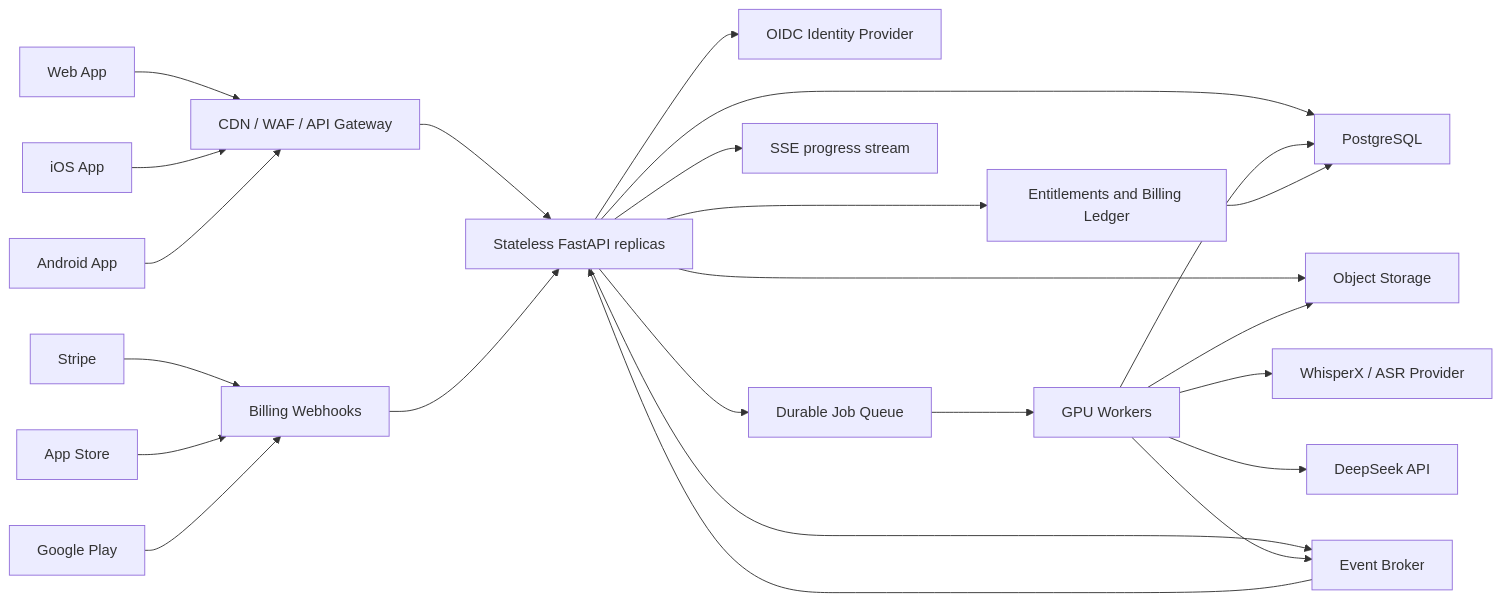
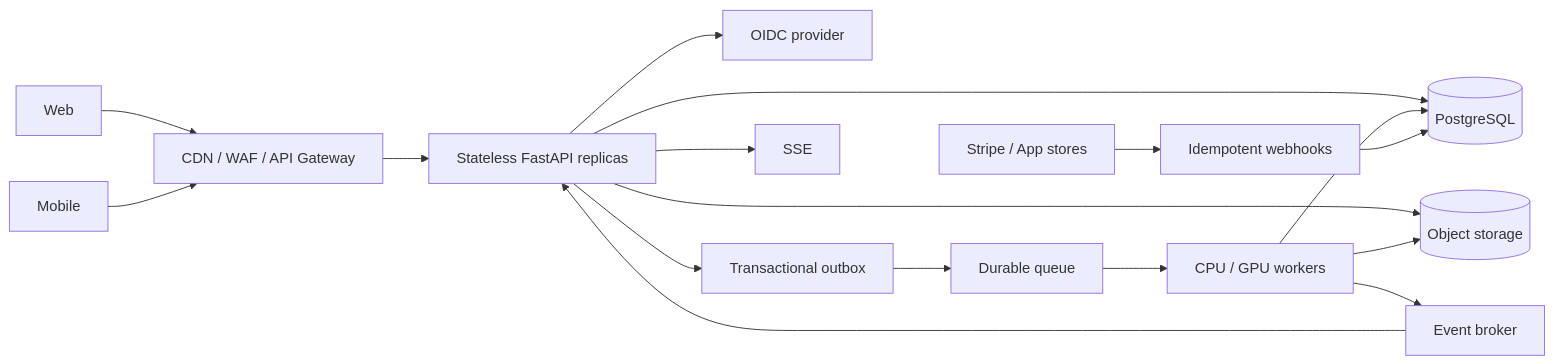
The diagram in docs/web-integration.md (C0deCat/NoteKeeper), drawn with Mermaid before and after one commit. The commit also changed other lines of this file, not shown here.

Commit message:
added web-integration following steps

````diff
--- a/docs/web-integration.md
+++ b/docs/web-integration.md
@@ -158,30 +382,19 @@
 ```mermaid
 flowchart LR
-    WEB["Web App"] --> EDGE["CDN / WAF / API Gateway"]
-    IOS["iOS App"] --> EDGE
-    ANDROID["Android App"] --> EDGE
-
-    EDGE --> API["Stateless FastAPI replicas"]
-    API --> AUTH["OIDC Identity Provider"]
-    API --> PG["PostgreSQL"]
-    API --> OBJECTS["Object Storage"]
-    API --> QUEUE["Durable Job Queue"]
-    API --> EVENTS["Event Broker"]
-
-    QUEUE --> WORKERS["GPU Workers"]
-    WORKERS --> ASR["WhisperX / ASR Provider"]
-    WORKERS --> LLM["DeepSeek API"]
+    WEB[Web] --> EDGE[CDN / WAF / API Gateway]
+    MOBILE[Mobile] --> EDGE
+    EDGE --> API[Stateless FastAPI replicas]
+    API --> IDP[OIDC provider]
+    API --> PG[(PostgreSQL)]
+    API --> OBJECTS[(Object storage)]
+    API --> OUTBOX[Transactional outbox]
+    OUTBOX --> QUEUE[Durable queue]
+    QUEUE --> WORKERS[CPU / GPU workers]
+    WORKERS --> OBJECTS
     WORKERS --> PG
-    WORKERS --> OBJECTS
-    WORKERS --> EVENTS
-
+    WORKERS --> EVENTS[Event broker]
     EVENTS --> API
-    API --> SSE["SSE progress stream"]
-
-    STRIPE["Stripe"] --> WEBHOOKS["Billing Webhooks"]
-    APPLE["App Store"] --> WEBHOOKS
-    GOOGLE["Google Play"] --> WEBHOOKS
-    WEBHOOKS --> API
-    API --> LEDGER["Entitlements and Billing Ledger"]
-    LEDGER --> PG
+    API --> SSE[SSE]
+    PAYMENTS[Stripe / App stores] --> WEBHOOKS[Idempotent webhooks]
+    WEBHOOKS --> PG
 ```
````
